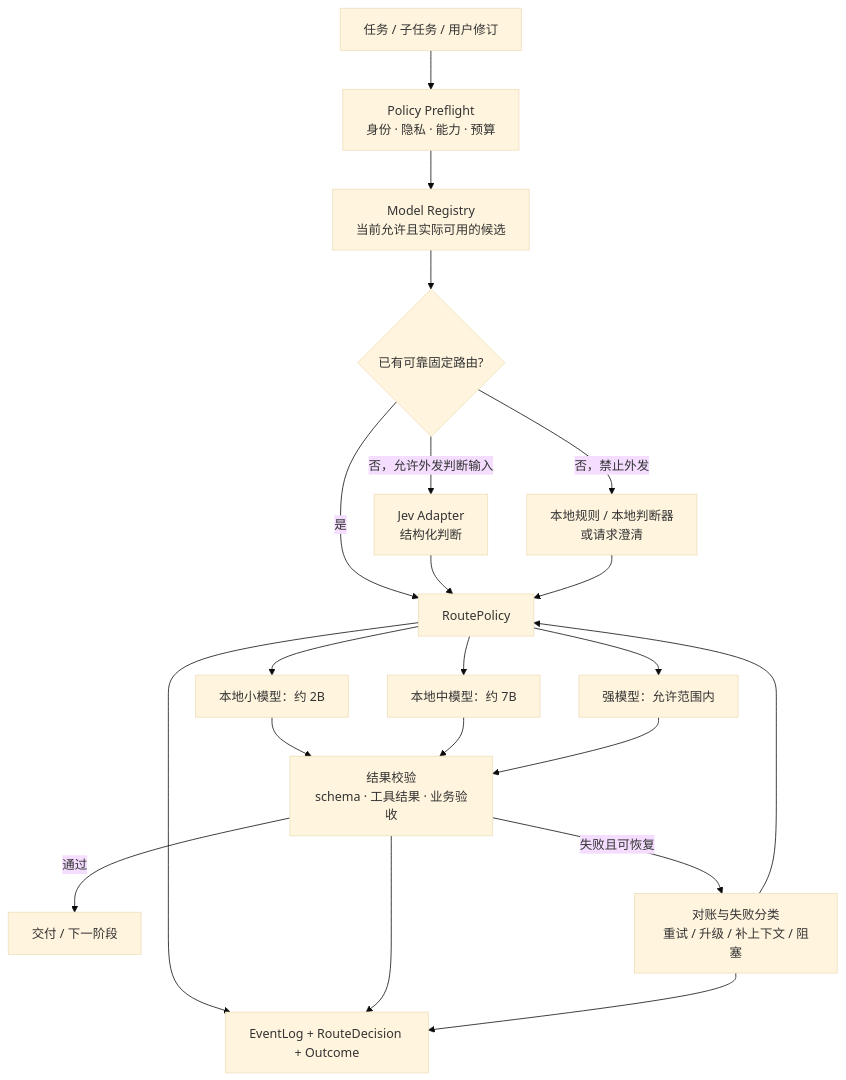
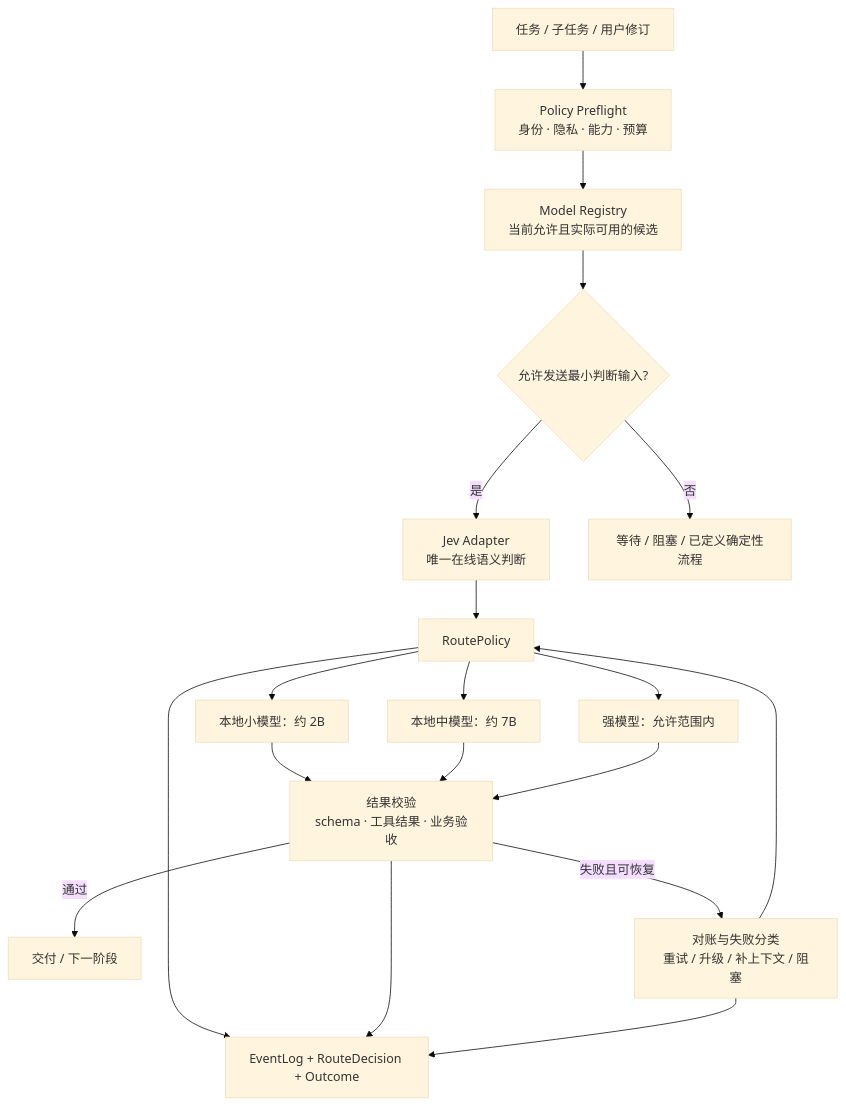
Before and after one commit to LB-Young/Auton: the first of 2 diagrams in docs/model-routing-and-local-learning.md, drawn with Mermaid (base theme). The commit also changed other lines of this file and 10 other files, not shown here.

````diff
--- a/docs/model-routing-and-local-learning.md
+++ b/docs/model-routing-and-local-learning.md
@@ -48,19 +48,17 @@
 ```mermaid
 flowchart TD
   Q[任务 / 子任务 / 用户修订] --> P[Policy Preflight<br/>身份 · 隐私 · 能力 · 预算]
   P --> REG[Model Registry<br/>当前允许且实际可用的候选]
-  REG --> D{已有可靠固定路由?}
-  D -->|是| RP[RoutePolicy]
-  D -->|否，允许外发判断输入| J[Jev Adapter<br/>结构化判断]
-  D -->|否，禁止外发| LD[本地规则 / 本地判断器<br/>或请求澄清]
-  J --> RP
-  LD --> RP
+  REG --> D{允许发送最小判断输入?}
+  D -->|是| J[Jev Adapter<br/>唯一在线语义判断]
+  D -->|否| WAIT[等待 / 阻塞 / 已定义确定性流程]
+  J --> RP[RoutePolicy]
   RP --> A[本地小模型：约 2B]
   RP --> B[本地中模型：约 7B]
   RP --> C[强模型：允许范围内]
   A & B & C --> V[结果校验<br/>schema · 工具结果 · 业务验收]
   V -->|通过| OUT[交付 / 下一阶段]
   V -->|失败且可恢复| E[对账与失败分类<br/>重试 / 升级 / 补上下文 / 阻塞]
   E --> RP
   RP & V & E --> LOG[EventLog + RouteDecision + Outcome]
 ```
````
